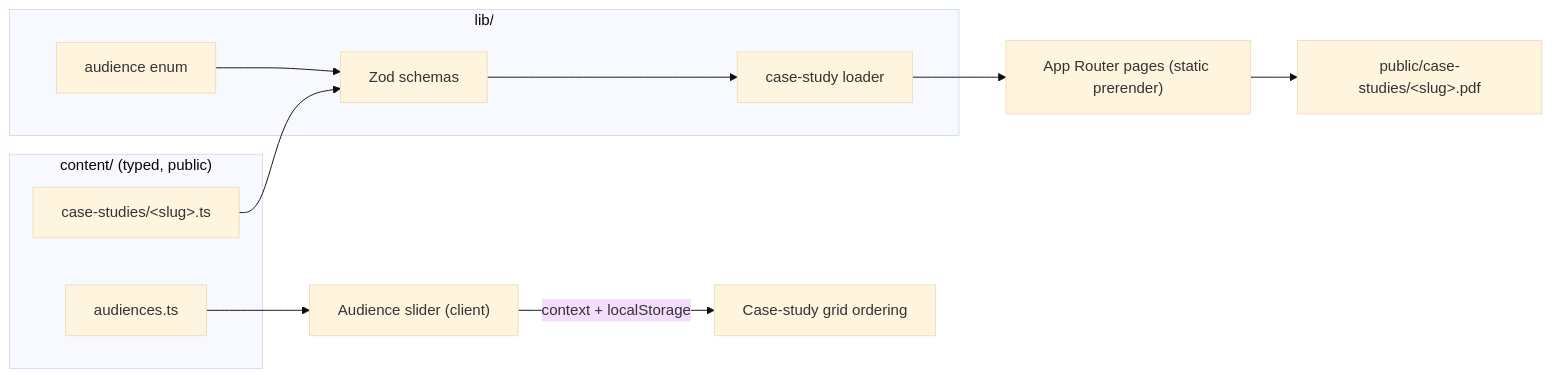
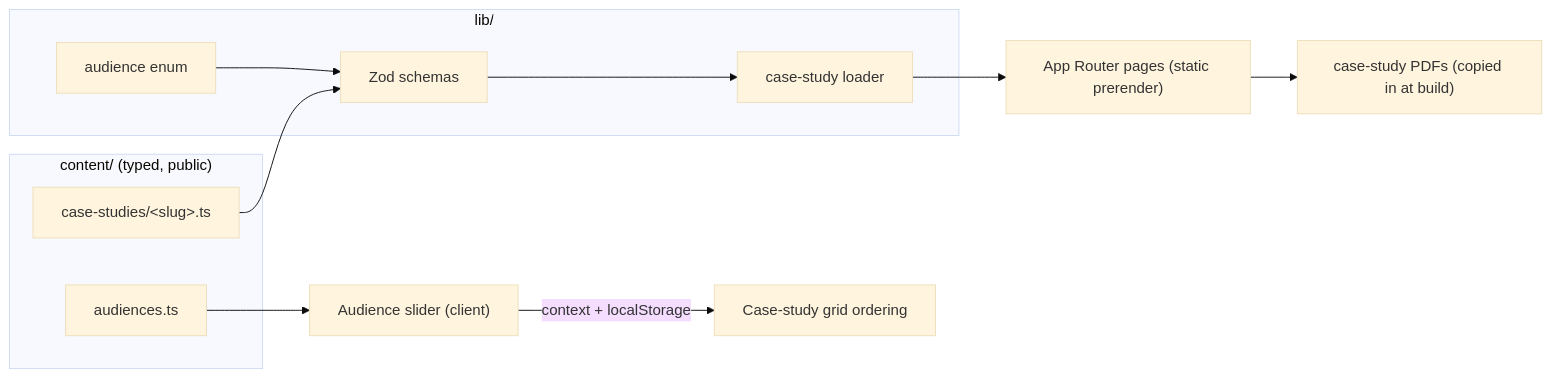
The diagram in README.md (camerongamble36/software-dev-portfolio), drawn with Mermaid (base theme) before and after one commit. The commit also changed other lines of this file and 16 other files, not shown here.

````diff
--- a/README.md
+++ b/README.md
@@ -23,18 +23,18 @@
 ```mermaid
 flowchart LR
   subgraph content["content/ (typed, public)"]
     CS["case-studies/&lt;slug&gt;.ts"]
     AUD["audiences.ts"]
   end
   subgraph lib["lib/"]
     SCHEMA["Zod schemas"]
     LOADER["case-study loader"]
     AUDS["audience enum"]
   end
   CS --> SCHEMA --> LOADER
   AUDS --> SCHEMA
   LOADER --> PAGES["App Router pages (static prerender)"]
   AUD --> HERO["Audience slider (client)"]
   HERO -- "context + localStorage" --> GRID["Case-study grid ordering"]
-  PAGES --> PDF["public/case-studies/&lt;slug&gt;.pdf"]
+  PAGES --> PDF["case-study PDFs (copied in at build)"]
 ```
````
